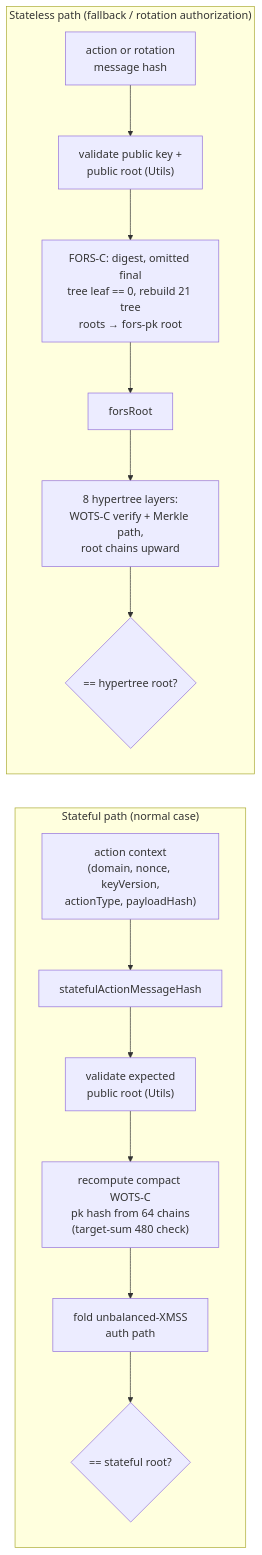
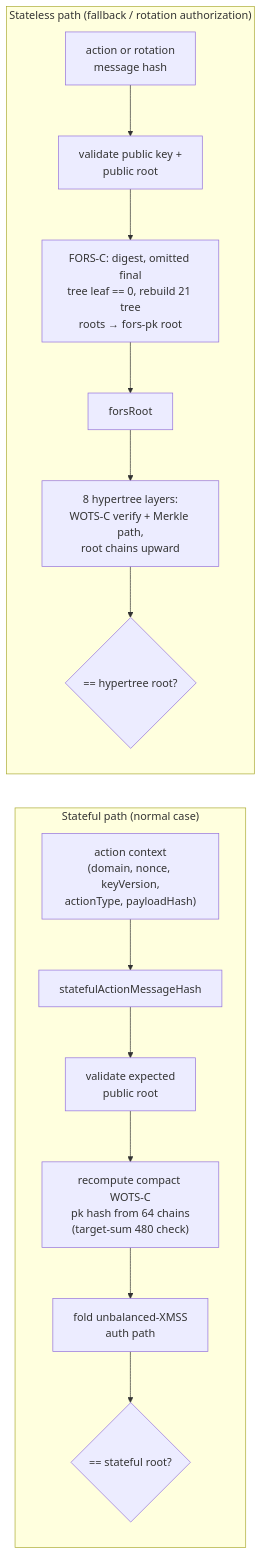
The second of 2 diagrams in README.md (QuipNetwork/hashsigs-solidity), drawn with Mermaid before and after one commit. The commit also changed other lines of this file and 6 other files, not shown here.

````diff
--- a/README.md
+++ b/README.md
@@ -333,18 +337,18 @@
 ```mermaid
 flowchart LR
     subgraph "Stateful path (normal case)"
         A1["action context<br/>(domain, nonce, keyVersion,<br/>actionType, payloadHash)"] --> A2["statefulActionMessageHash"]
-        A2 --> A3["validate expected<br/>public root (Utils)"]
+        A2 --> A3["validate expected<br/>public root"]
         A3 --> A4["recompute compact WOTS-C<br/>pk hash from 64 chains<br/>(target-sum 480 check)"]
         A4 --> A5["fold unbalanced-XMSS<br/>auth path"]
         A5 --> A6{"== stateful root?"}
     end
 
     subgraph "Stateless path (fallback / rotation authorization)"
-        B1["action or rotation<br/>message hash"] --> B2["validate public key +<br/>public root (Utils)"]
+        B1["action or rotation<br/>message hash"] --> B2["validate public key +<br/>public root"]
         B2 --> B3["FORS-C: digest, omitted final<br/>tree leaf == 0, rebuild 21 tree<br/>roots → fors-pk root"]
         B3 --> B4["forsRoot"]
         B4 --> B5["8 hypertree layers:<br/>WOTS-C verify + Merkle path,<br/>root chains upward"]
         B5 --> B6{"== hypertree root?"}
     end
 ```
````
